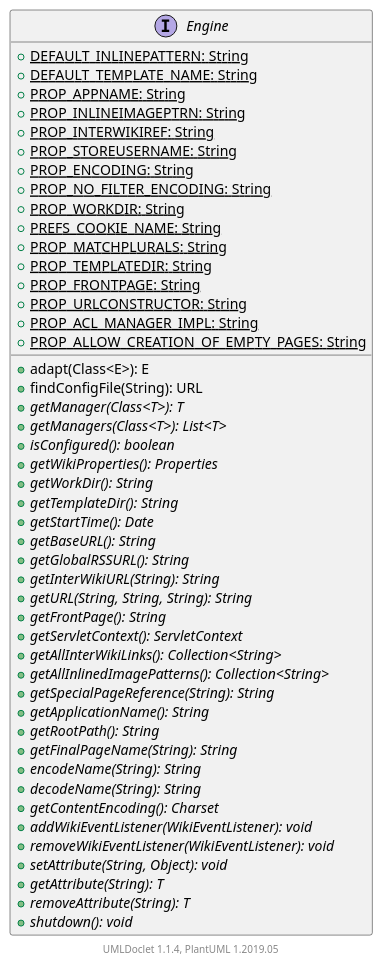
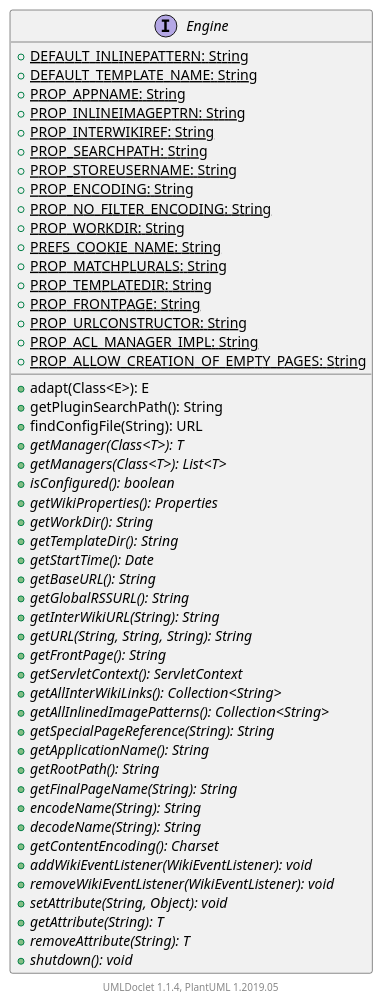
The diagram in apidocs/2.11.0.M7-SNAPSHOT/org/apache/wiki/api/core/Engine.puml (apache/jspwiki-site), drawn with PlantUML before and after one commit. The commit also changed 1311 other files, not shown here.

```diff
--- a/apidocs/2.11.0.M7-SNAPSHOT/org/apache/wiki/api/core/Engine.puml
+++ b/apidocs/2.11.0.M7-SNAPSHOT/org/apache/wiki/api/core/Engine.puml
@@ -1,54 +1,56 @@
 @startuml
 
     interface Engine [[Engine.html]] {
         {static} +DEFAULT_INLINEPATTERN: String
         {static} +DEFAULT_TEMPLATE_NAME: String
         {static} +PROP_APPNAME: String
         {static} +PROP_INLINEIMAGEPTRN: String
         {static} +PROP_INTERWIKIREF: String
+        {static} +PROP_SEARCHPATH: String
         {static} +PROP_STOREUSERNAME: String
         {static} +PROP_ENCODING: String
         {static} +PROP_NO_FILTER_ENCODING: String
         {static} +PROP_WORKDIR: String
         {static} +PREFS_COOKIE_NAME: String
         {static} +PROP_MATCHPLURALS: String
         {static} +PROP_TEMPLATEDIR: String
         {static} +PROP_FRONTPAGE: String
         {static} +PROP_URLCONSTRUCTOR: String
         {static} +PROP_ACL_MANAGER_IMPL: String
         {static} +PROP_ALLOW_CREATION_OF_EMPTY_PAGES: String
         +adapt(Class<E>): E
+        +getPluginSearchPath(): String
         +findConfigFile(String): URL
         {abstract} +getManager(Class<T>): T
         {abstract} +getManagers(Class<T>): List<T>
         {abstract} +isConfigured(): boolean
         {abstract} +getWikiProperties(): Properties
         {abstract} +getWorkDir(): String
         {abstract} +getTemplateDir(): String
         {abstract} +getStartTime(): Date
         {abstract} +getBaseURL(): String
         {abstract} +getGlobalRSSURL(): String
         {abstract} +getInterWikiURL(String): String
         {abstract} +getURL(String, String, String): String
         {abstract} +getFrontPage(): String
         {abstract} +getServletContext(): ServletContext
         {abstract} +getAllInterWikiLinks(): Collection<String>
         {abstract} +getAllInlinedImagePatterns(): Collection<String>
         {abstract} +getSpecialPageReference(String): String
         {abstract} +getApplicationName(): String
         {abstract} +getRootPath(): String
         {abstract} +getFinalPageName(String): String
         {abstract} +encodeName(String): String
         {abstract} +decodeName(String): String
         {abstract} +getContentEncoding(): Charset
         {abstract} +addWikiEventListener(WikiEventListener): void
         {abstract} +removeWikiEventListener(WikiEventListener): void
         {abstract} +setAttribute(String, Object): void
         {abstract} +getAttribute(String): T
         {abstract} +removeAttribute(String): T
         {abstract} +shutdown(): void
     }
 
 
     center footer UMLDoclet 1.1.4, PlantUML 1.2019.05
 @enduml
```
